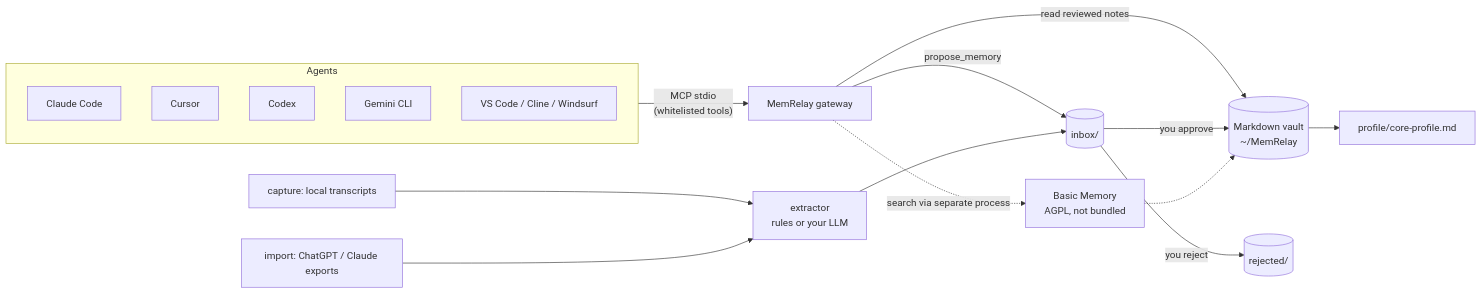
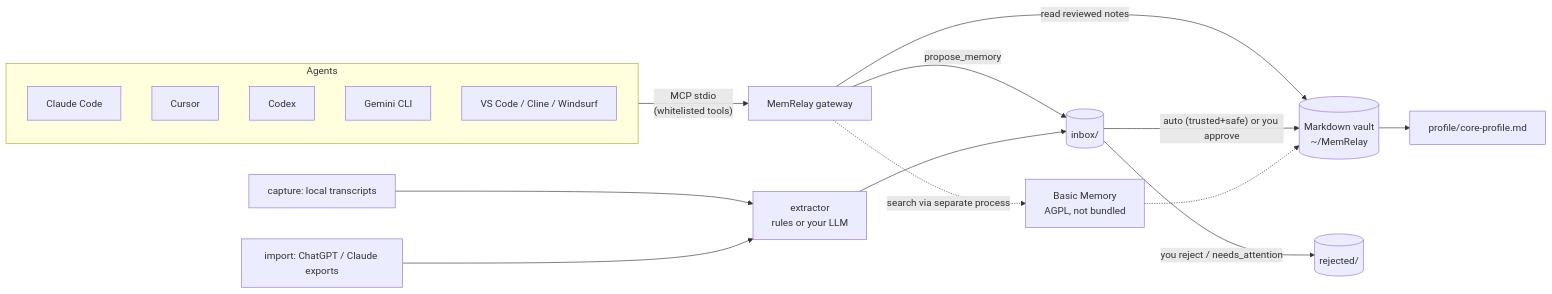
Before and after one commit to theosunny/memrelay: the diagram in README.md, drawn with Mermaid. The commit also changed other lines of this file and 6 other files, not shown here.

````diff
--- a/README.md
+++ b/README.md
@@ -37,20 +39,20 @@
 ```mermaid
 flowchart LR
   subgraph Agents
     CC[Claude Code]
     CU[Cursor]
     CX[Codex]
     GM[Gemini CLI]
     VS[VS Code / Cline / Windsurf]
   end
   Agents -- "MCP stdio<br/>(whitelisted tools)" --> GW[MemRelay gateway]
   GW -- "read reviewed notes" --> V[(Markdown vault<br/>~/MemRelay)]
   GW -- "propose_memory" --> IN[(inbox/)]
   CAP[capture: local transcripts] --> EX[extractor<br/>rules or your LLM] --> IN
   IMP[import: ChatGPT / Claude exports] --> EX
-  IN -- "you approve" --> V
-  IN -- "you reject" --> RJ[(rejected/)]
+  IN -- "auto (trusted+safe) or you approve" --> V
+  IN -- "you reject / needs_attention" --> RJ[(rejected/)]
   V --> PR[profile/core-profile.md]
   GW -. "search via separate process" .-> BM[Basic Memory<br/>AGPL, not bundled]
   BM -.-> V
 ```
````
